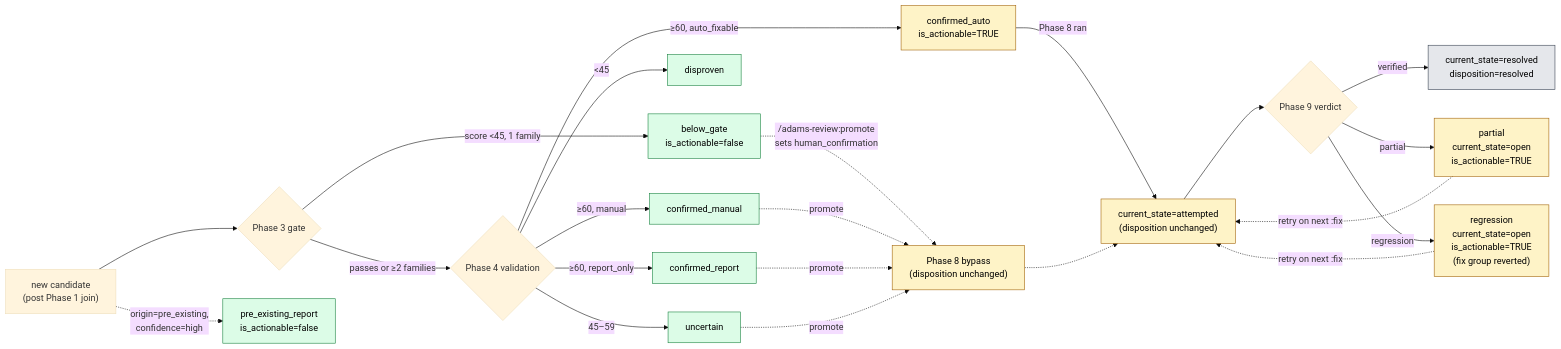
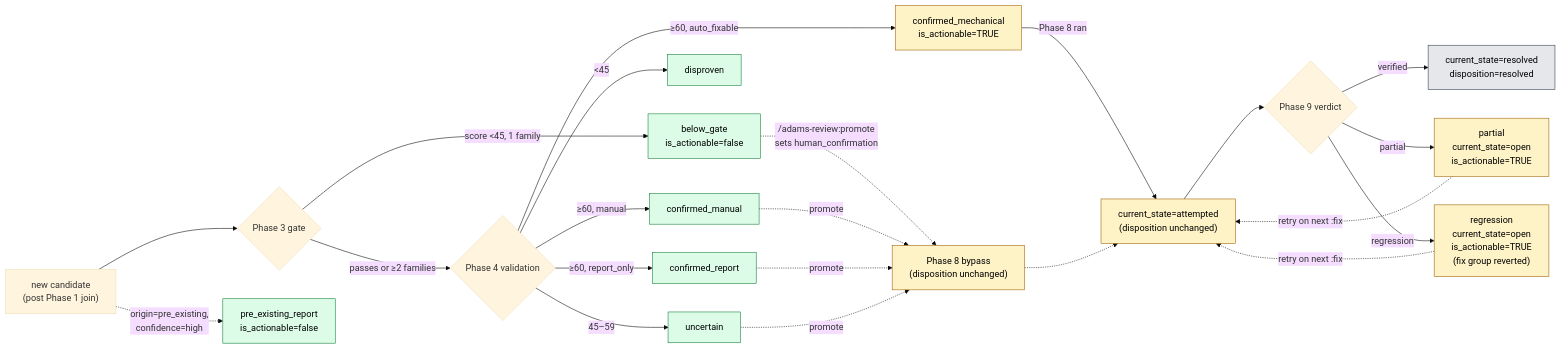
The second of 3 diagrams in plans/plugin-conversion-flow.md (mwksl/matthewsreview), drawn with Mermaid (base theme) before and after one commit. The commit also changed other lines of this file and 26 other files, not shown here.

````diff
--- a/plans/plugin-conversion-flow.md
+++ b/plans/plugin-conversion-flow.md
@@ -200,35 +200,35 @@
 ```mermaid
 flowchart LR
     classDef stateNode fill:#dcfce7,stroke:#15803d,color:#000
     classDef active fill:#fef3c7,stroke:#a16207,color:#000
     classDef terminal fill:#e5e7eb,stroke:#374151,color:#000
 
     NEW["new candidate<br/>(post Phase 1 join)"]
 
     NEW --> P3G{"Phase 3 gate"}
     NEW -. origin=pre_existing,<br/>confidence=high .-> PER["pre_existing_report<br/>is_actionable=false"]:::stateNode
 
     P3G -- "score <45, 1 family" --> BG["below_gate<br/>is_actionable=false"]:::stateNode
     P3G -- "passes or ≥2 families" --> P4V{"Phase 4 validation"}
 
     P4V -- "<45" --> DIS["disproven"]:::stateNode
     P4V -- "45–59" --> UNC["uncertain"]:::stateNode
-    P4V -- "≥60, auto_fixable" --> CA["confirmed_auto<br/>is_actionable=TRUE"]:::active
+    P4V -- "≥60, auto_fixable" --> CA["confirmed_mechanical<br/>is_actionable=TRUE"]:::active
     P4V -- "≥60, manual" --> CM["confirmed_manual"]:::stateNode
     P4V -- "≥60, report_only" --> CR["confirmed_report"]:::stateNode
 
     CA -- Phase 8 ran --> ATT["current_state=attempted<br/>(disposition unchanged)"]:::active
     ATT --> P9{"Phase 9 verdict"}
     P9 -- verified --> RES["current_state=resolved<br/>disposition=resolved"]:::terminal
     P9 -- partial --> PAR["partial<br/>current_state=open<br/>is_actionable=TRUE"]:::active
     P9 -- regression --> REG["regression<br/>current_state=open<br/>is_actionable=TRUE<br/>(fix group reverted)"]:::active
 
     PAR -. retry on next :fix .-> ATT
     REG -. retry on next :fix .-> ATT
 
     BG -. "/adams-review:promote<br/>sets human_confirmation" .-> PROMO["Phase 8 bypass<br/>(disposition unchanged)"]:::active
     CM -. promote .-> PROMO
     CR -. promote .-> PROMO
     UNC -. promote .-> PROMO
     PROMO -.-> ATT
 ```
````
